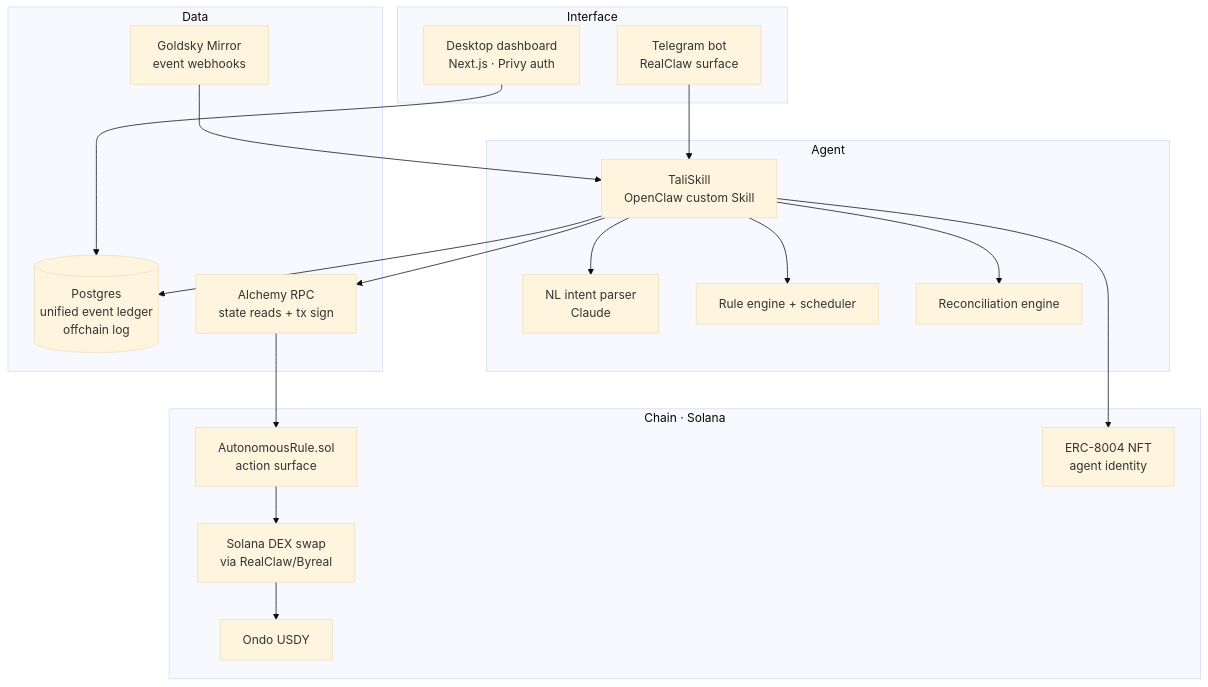
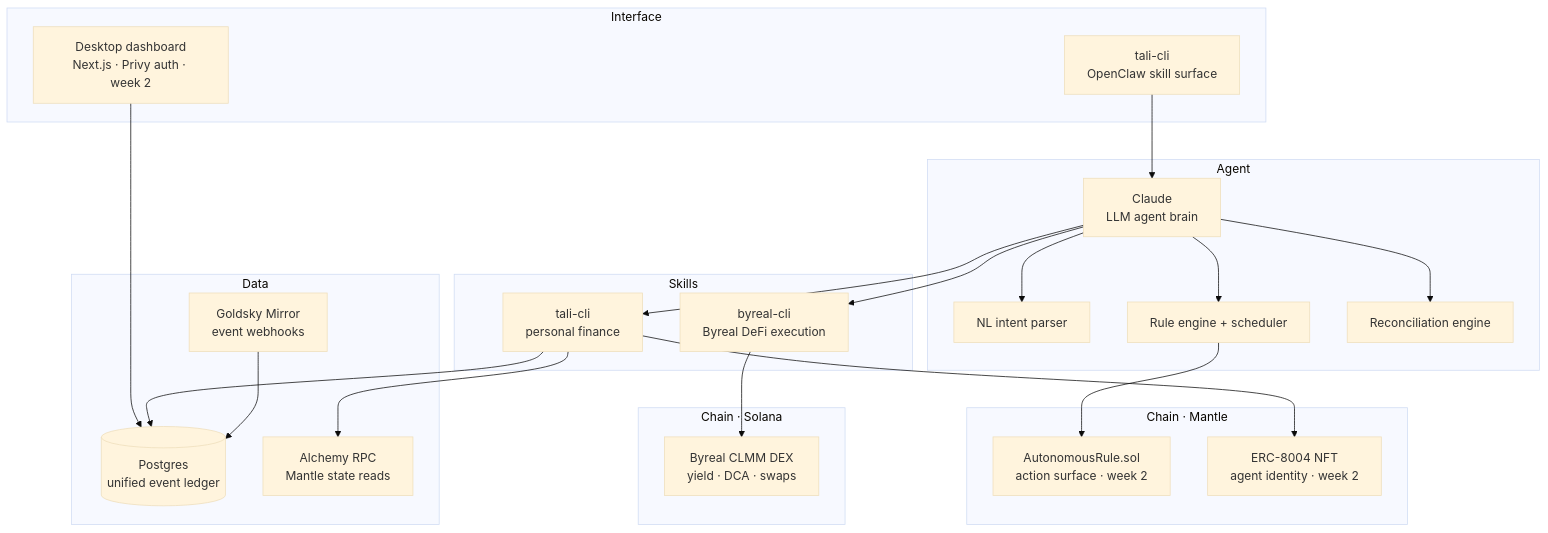
Before and after one commit to aliyanamu/tali: the first of 3 diagrams in docs/architecture.md, drawn with Mermaid (base theme). The commit also changed other lines of this file and 16 other files, not shown here.

First line of the commit message:
refactor: replace Telegram bot + RealClaw with tali-cli OpenClaw skill

````diff
--- a/docs/architecture.md
+++ b/docs/architecture.md
@@ -7,40 +23,48 @@
 ```mermaid
 graph TD
     subgraph Interface
-        TG[Telegram bot<br/>RealClaw surface]
-        WEB[Desktop dashboard<br/>Next.js · Privy auth]
+        CLI[tali-cli<br/>OpenClaw skill surface]
+        WEB[Desktop dashboard<br/>Next.js · Privy auth · week 2]
     end
 
     subgraph Agent
-        SKILL[TaliSkill<br/>OpenClaw custom Skill]
-        NL[NL intent parser<br/>Claude]
+        CLAUDE[Claude<br/>LLM agent brain]
+        NL[NL intent parser]
         RULES[Rule engine + scheduler]
         RECON[Reconciliation engine]
     end
 
-    subgraph Data
-        PG[(Postgres<br/>unified event ledger<br/>offchain log)]
-        GS[Goldsky Mirror<br/>event webhooks]
-        ALC[Alchemy RPC<br/>state reads + tx sign]
+    subgraph Skills
+        TALI[tali-cli<br/>personal finance]
+        BYREAL[byreal-cli<br/>Byreal DeFi execution]
     end
 
-    subgraph Chain[Chain · Solana]
-        AR[AutonomousRule.sol<br/>action surface]
-        NFT[ERC-8004 NFT<br/>agent identity]
-        USDY[Ondo USDY]
-        DEX[Solana DEX swap<br/>via RealClaw/Byreal]
+    subgraph Data
+        PG[(Postgres<br/>unified event ledger)]
+        GS[Goldsky Mirror<br/>event webhooks]
+        ALC[Alchemy RPC<br/>Mantle state reads]
     end
 
-    TG --> SKILL
+    subgraph Mantle[Chain · Mantle]
+        AR[AutonomousRule.sol<br/>action surface · week 2]
+        NFT[ERC-8004 NFT<br/>agent identity · week 2]
+    end
+
+    subgraph Solana[Chain · Solana]
+        DEX[Byreal CLMM DEX<br/>yield · DCA · swaps]
+    end
+
+    CLI --> CLAUDE
     WEB --> PG
-    SKILL --> NL
-    SKILL --> RULES
-    SKILL --> RECON
-    SKILL --> PG
-    GS --> SKILL
-    SKILL --> ALC
-    ALC --> AR
-    AR --> DEX
-    DEX --> USDY
-    SKILL --> NFT
+    CLAUDE --> NL
+    CLAUDE --> RULES
+    CLAUDE --> RECON
+    CLAUDE --> TALI
+    CLAUDE --> BYREAL
+    TALI --> PG
+    TALI --> ALC
+    GS --> PG
+    BYREAL --> DEX
+    TALI --> NFT
+    RULES --> AR
 ```
````
